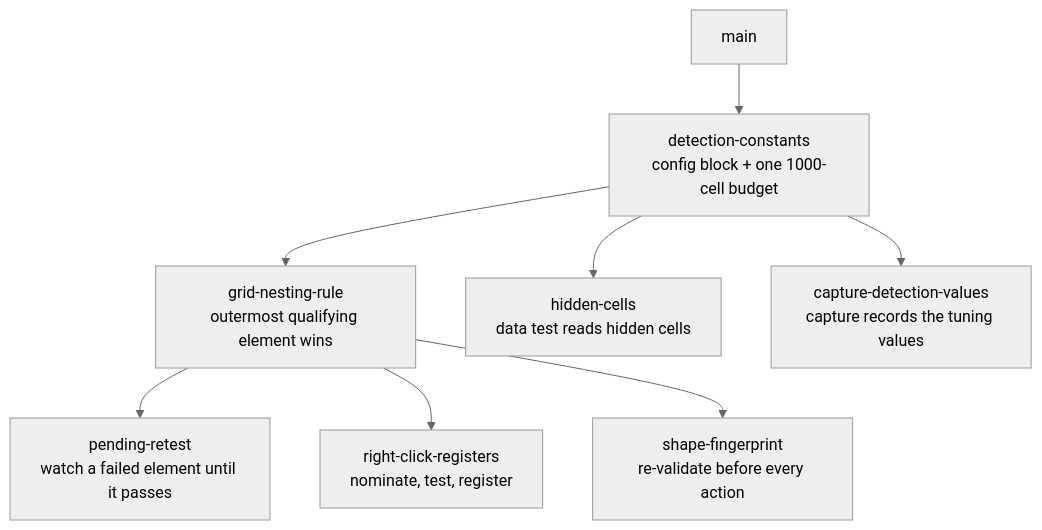
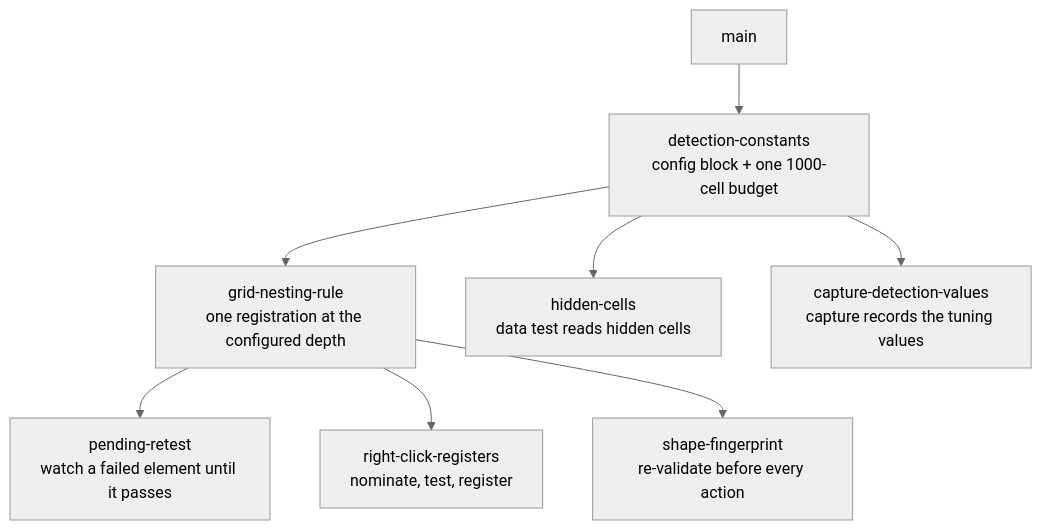
The diagram in docs/sprint-plans/grid-detection-recovery.md (ArieFisher/dynamic-rounding), drawn with Mermaid (neutral theme) before and after one commit. The commit also changed other lines of this file, not shown here.

First line of the commit message:
docs: select the table by a configured nesting depth

````diff
--- a/docs/sprint-plans/grid-detection-recovery.md
+++ b/docs/sprint-plans/grid-detection-recovery.md
@@ -237,18 +260,18 @@
 ```mermaid
 flowchart TD
     base[main]
     s1["detection-constants<br/>config block + one 1000-cell budget"]
-    s2["grid-nesting-rule<br/>outermost qualifying element wins"]
+    s2["grid-nesting-rule<br/>one registration at the configured depth"]
     s3["pending-retest<br/>watch a failed element until it passes"]
     s4["right-click-registers<br/>nominate, test, register"]
     s5["shape-fingerprint<br/>re-validate before every action"]
     s6["hidden-cells<br/>data test reads hidden cells"]
     s7["capture-detection-values<br/>capture records the tuning values"]
     base --> s1
     s1 --> s2
     s1 --> s6
     s1 --> s7
     s2 --> s3
     s2 --> s4
     s2 --> s5
 ```
````
